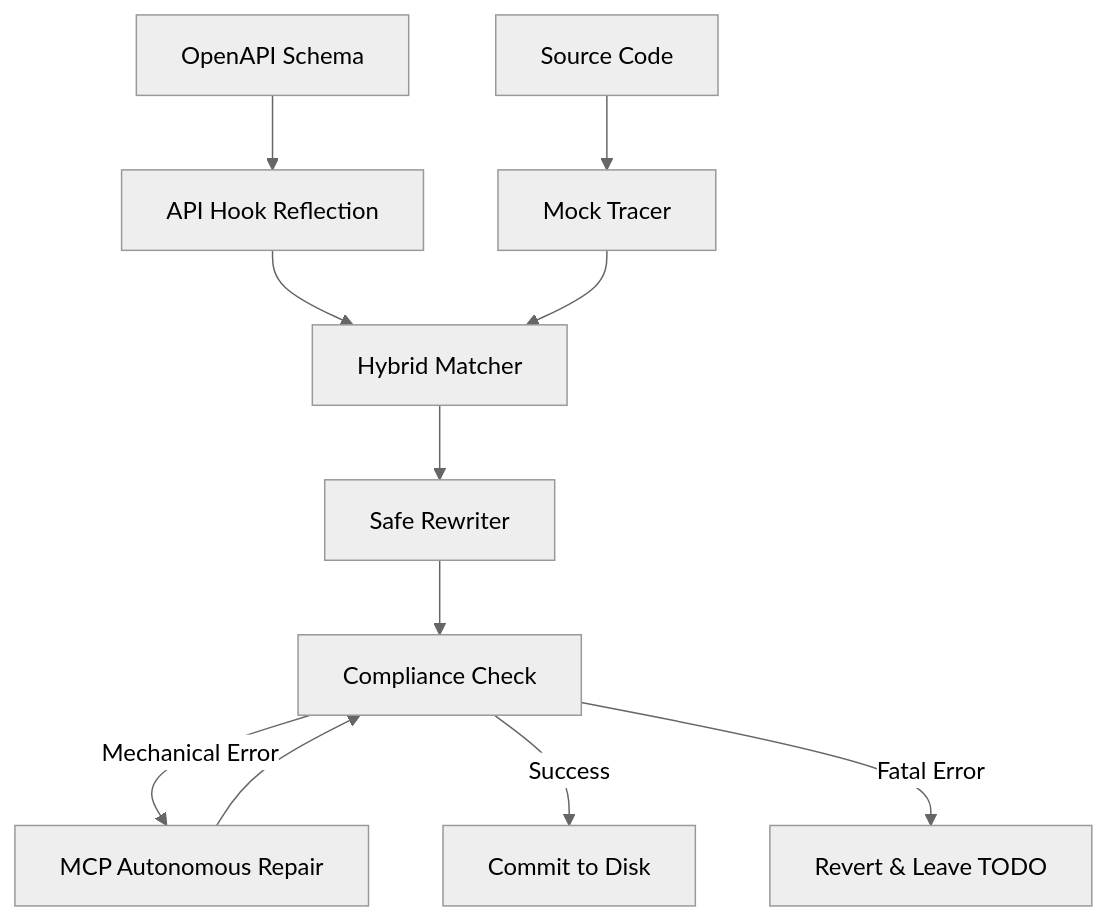
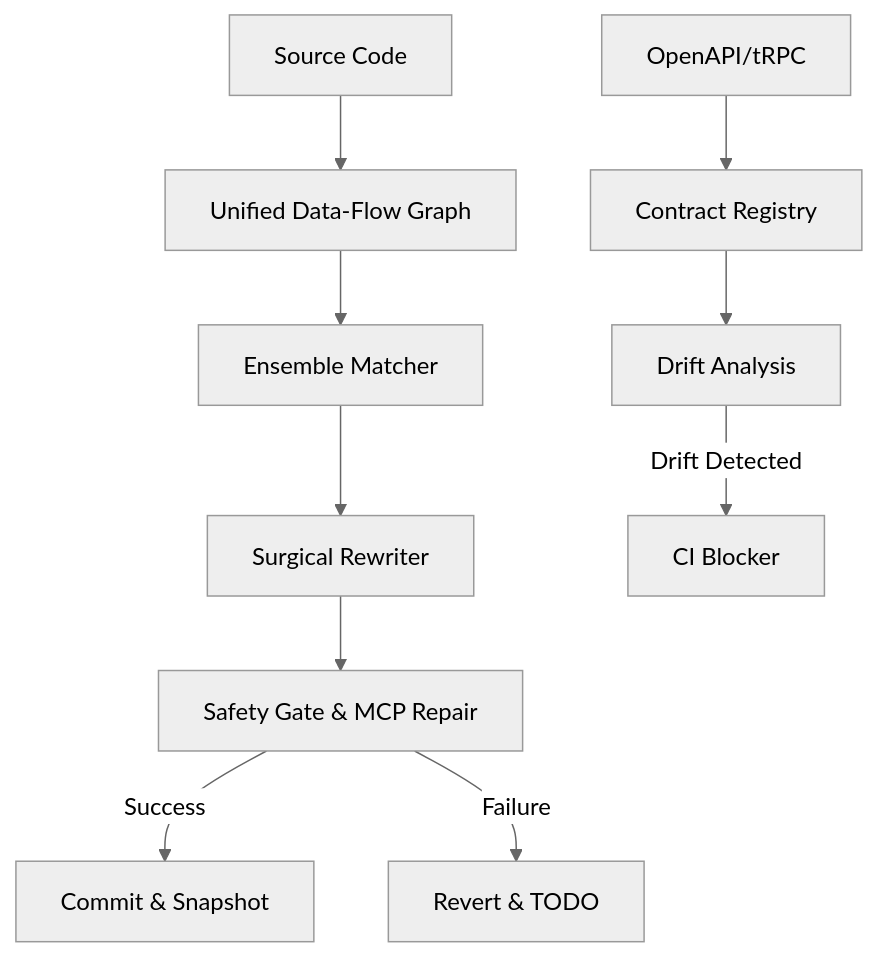
Before and after one commit to Salmankhatib/binder-cli: the diagram in ARCHITECTURE.md, drawn with Mermaid (neutral theme). The commit also changed other lines of this file and 34 other files, not shown here.

````diff
--- a/ARCHITECTURE.md
+++ b/ARCHITECTURE.md
@@ -47,13 +41,12 @@
 ```mermaid
 graph TD
-    A[OpenAPI Schema] --> B[API Hook Reflection]
-    C[Source Code] --> D[Mock Tracer]
-    B --> E[Hybrid Matcher]
-    D --> E
-    E --> F[Safe Rewriter]
-    F --> G[Compliance Check]
-    G -- "Mechanical Error" --> H[MCP Autonomous Repair]
-    H --> G
-    G -- "Success" --> I[Commit to Disk]
-    G -- "Fatal Error" --> J[Revert & Leave TODO]
+    A[OpenAPI/tRPC] --> B[Contract Registry]
+    C[Source Code] --> D[Unified Data-Flow Graph]
+    D --> E[Ensemble Matcher]
+    B --> F[Drift Analysis]
+    E --> G[Surgical Rewriter]
+    G --> H[Safety Gate & MCP Repair]
+    H -- Success --> I[Commit & Snapshot]
+    H -- Failure --> J[Revert & TODO]
+    F -- Drift Detected --> K[CI Blocker]
 ```
````
